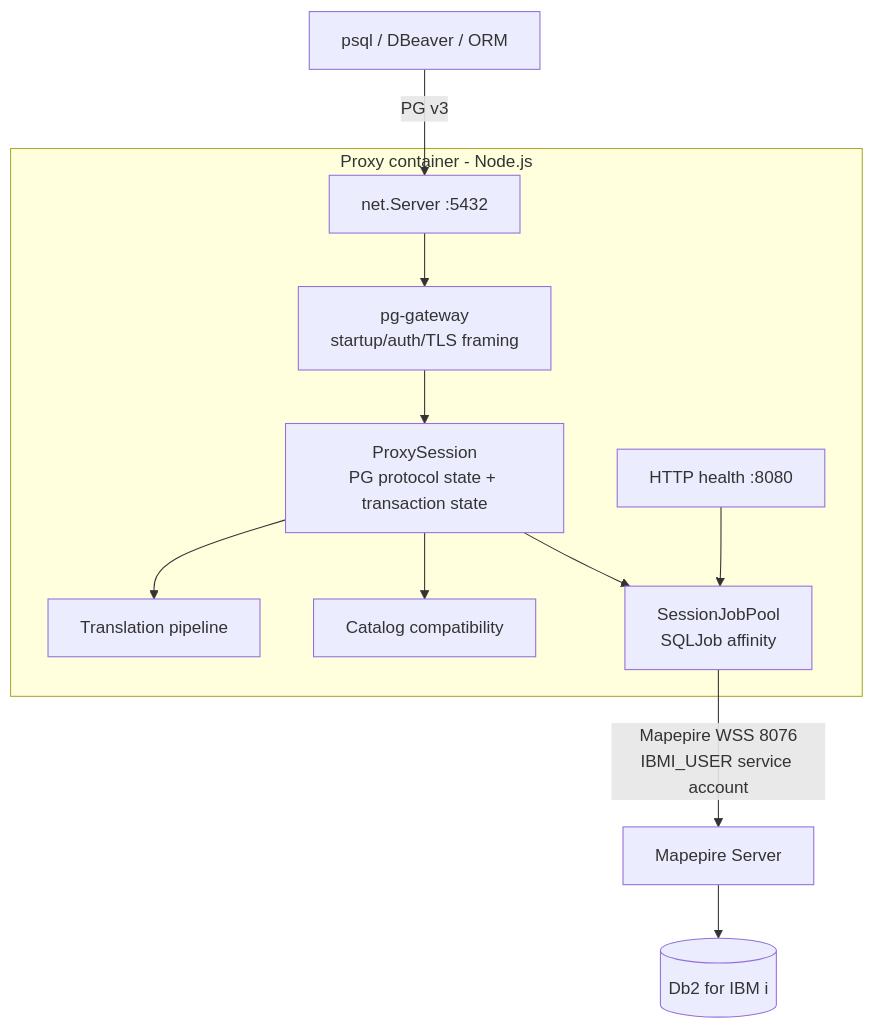
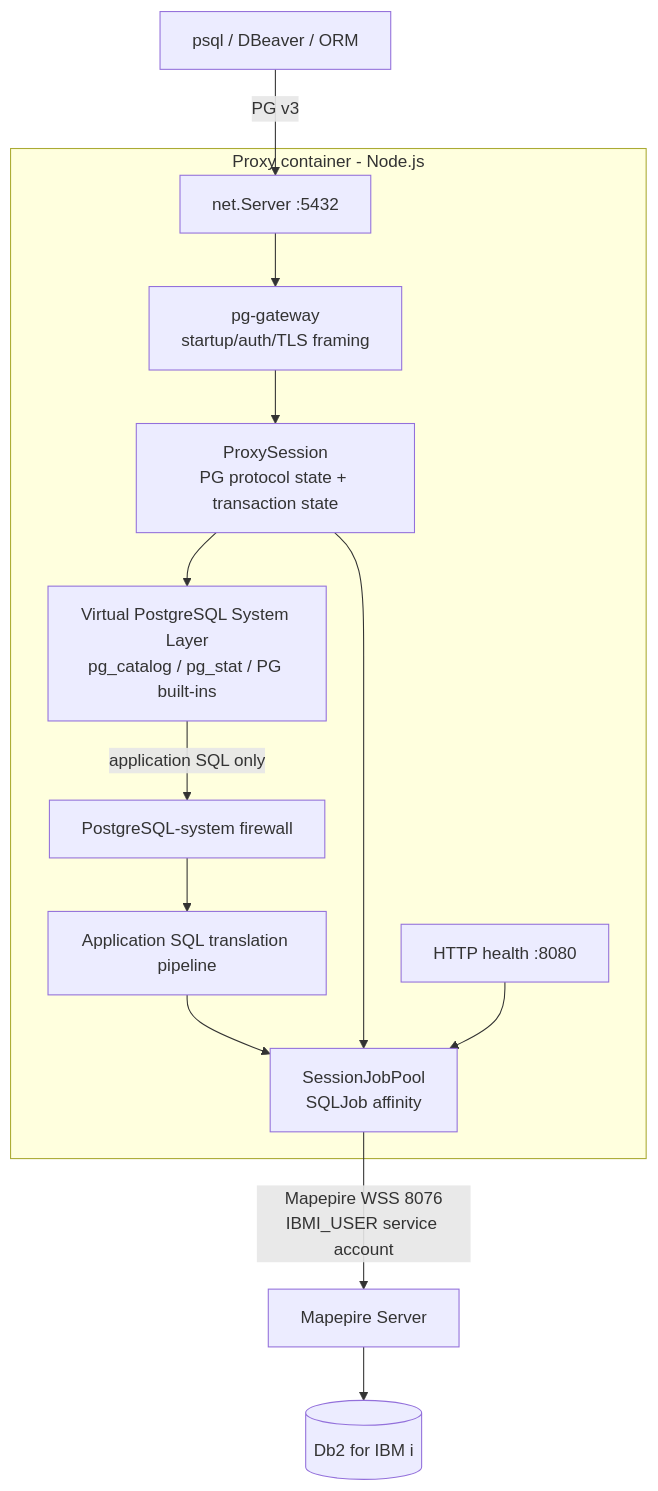
One commit to NicolaeCh/postgres-mapepire-proxy changed the first of 2 diagrams in docs/TECHNICAL_SPECIFICATION.md. Above: the diagram before and after it, drawn with Mermaid. The commit also changed other lines of this file and 29 other files, not shown here.

Commit message:
v0.1.6 new release - pgAdmin 4 9.17 compatibility with Virtual PostgreSQL System Layer

````diff
--- a/docs/TECHNICAL_SPECIFICATION.md
+++ b/docs/TECHNICAL_SPECIFICATION.md
@@ -11,20 +11,23 @@
 ```mermaid
 flowchart TB
   subgraph Container[Proxy container - Node.js]
     TCP[net.Server :5432]
     PG[pg-gateway\nstartup/auth/TLS framing]
     SES[ProxySession\nPG protocol state + transaction state]
-    SQL[Translation pipeline]
-    CAT[Catalog compatibility]
+    SQL[Application SQL translation pipeline]
+    CAT[Virtual PostgreSQL System Layer\npg_catalog / pg_stat / PG built-ins]
+    FW[PostgreSQL-system firewall]
     POOL[SessionJobPool\nSQLJob affinity]
     HEALTH[HTTP health :8080]
     TCP --> PG --> SES
-    SES --> SQL
     SES --> CAT
+    CAT -->|application SQL only| FW
+    FW --> SQL
+    SQL --> POOL
     SES --> POOL
     HEALTH --> POOL
   end
   CLIENT[psql / DBeaver / ORM] -->|PG v3| TCP
   POOL -->|Mapepire WSS 8076\nIBMI_USER service account| MAP[Mapepire Server]
   MAP --> DB[(Db2 for IBM i)]
 ```
````
